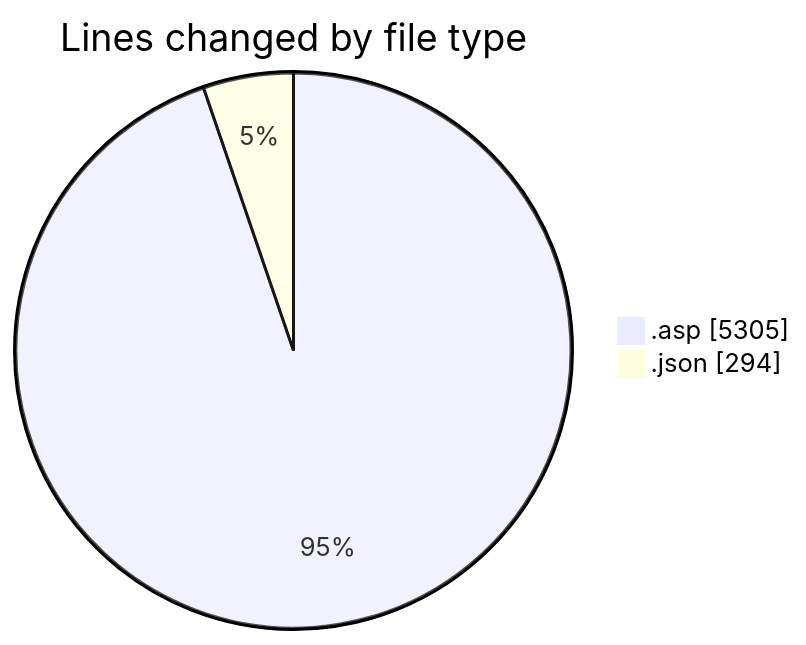
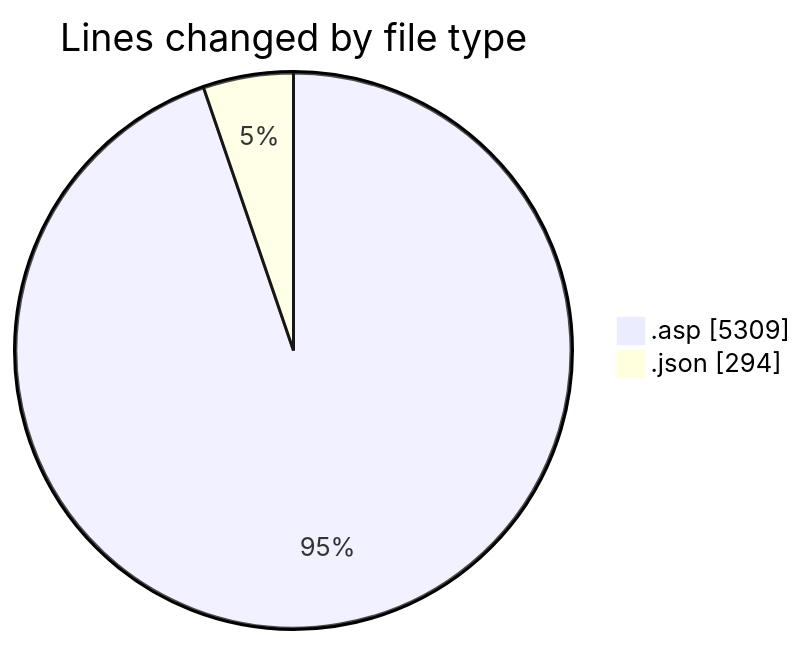
Before and after one commit to julien-gomy/code-tracking: the first of 2 diagrams in 2025-10-27/usr_aleoudev_fr__workspace_/README.md, drawn with Mermaid. The commit also changed other lines of this file and 1 other file, not shown here.

````diff
--- a/2025-10-27/usr_aleoudev_fr__workspace_/README.md
+++ b/2025-10-27/usr_aleoudev_fr__workspace_/README.md
@@ -26,6 +26,6 @@
 ```mermaid
 pie showData
 title Lines changed by file type
-".asp" : 5305
+".asp" : 5309
 ".json" : 294
 ```
````
